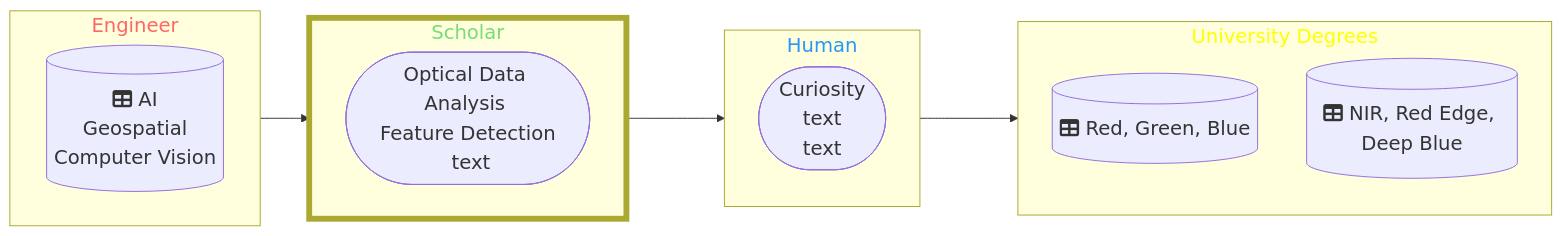
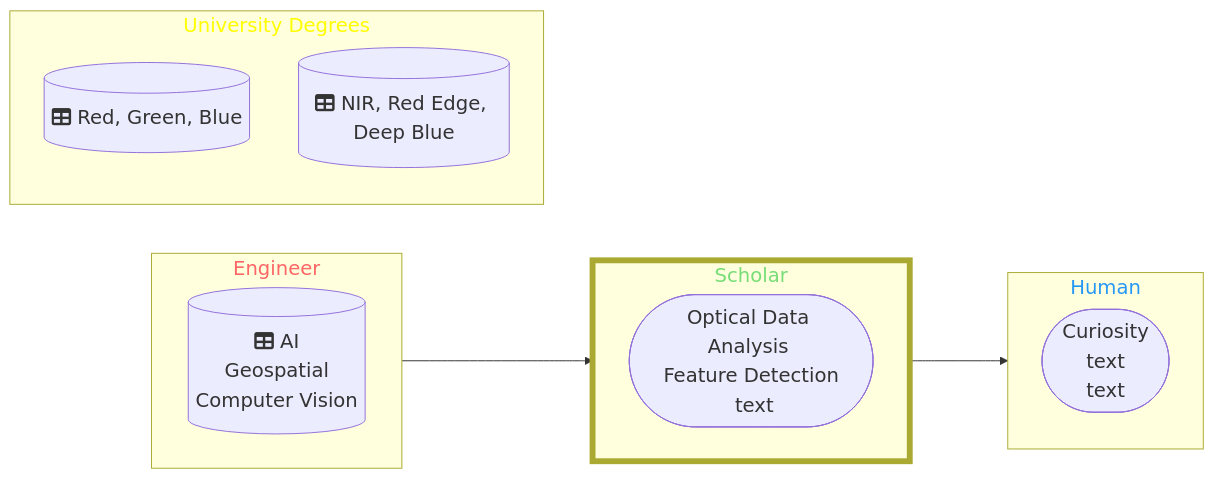
The diagram in README.md (DippoldEJ/DippoldEJ), drawn with Mermaid before and after one commit.

````diff
--- a/README.md
+++ b/README.md
@@ -3,39 +3,39 @@
 ```mermaid
 flowchart LR;
 %%{init: {
 	'themeVariables': { 'fontSize': '20px', 'fontFamily': 'Didot'}
 	}
 }%%
 
 subgraph n[Engineer]
         direction LR
         b[(fa:fa-table AI <br> Geospatial <br> Computer Vision)]
     end
 
 subgraph o[Scholar]
         direction LR
         j([Optical Data Analysis <br> Feature Detection <br> text])
 
     end
 
  subgraph q[University Degrees]
         r[(fa:fa-table Red, Green, Blue)]
         h[(fa:fa-table NIR, Red Edge, Deep Blue)]
     end
 
  subgraph p[Human]
     a([Curiosity <br /> text  <br />  text])
     end
 
 
 style n color:#f66
 style o stroke-width:6px
 style o color:#77DD77
 style p color:#2798F5
 style q color:#FFFF00
 
 n-->o
 o-->p
-o-->q
+
 
 ```
````
